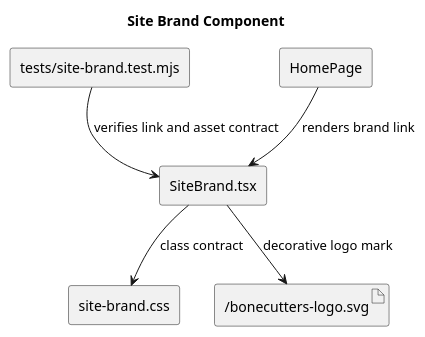
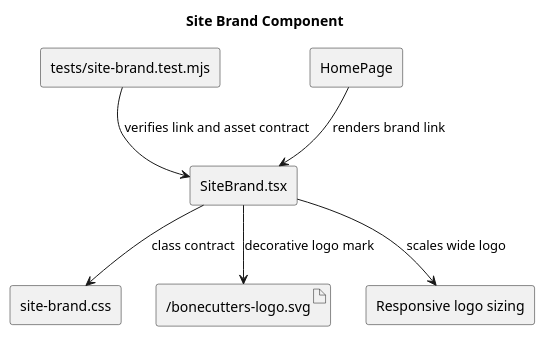
The diagram in client/src/components/site-brand/site-brand.puml (bonecutter-hierophant/Bonecutters), drawn with PlantUML before and after one commit. The commit also changed 21 other files, not shown here.

```diff
--- a/client/src/components/site-brand/site-brand.puml
+++ b/client/src/components/site-brand/site-brand.puml
@@ -1,16 +1,18 @@
 @startuml
 title Site Brand Component
 skinparam componentStyle rectangle
 
 component "SiteBrand.tsx" as SiteBrand
 component "site-brand.css" as Styles
 component "tests/site-brand.test.mjs" as Tests
 component "HomePage" as HomePage
 artifact "/bonecutters-logo.svg" as Logo
+component "Responsive logo sizing" as ResponsiveSizing
 
 HomePage --> SiteBrand : renders brand link
 SiteBrand --> Logo : decorative logo mark
+SiteBrand --> ResponsiveSizing : scales wide logo
 SiteBrand --> Styles : class contract
 Tests --> SiteBrand : verifies link and asset contract
 
 @enduml
```
